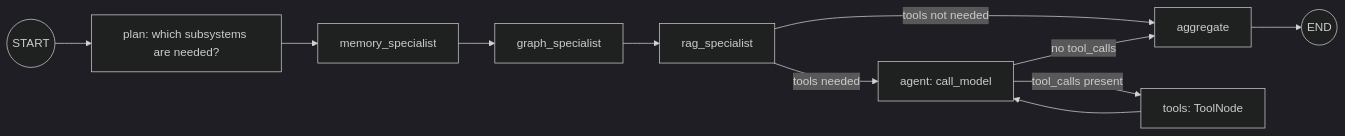
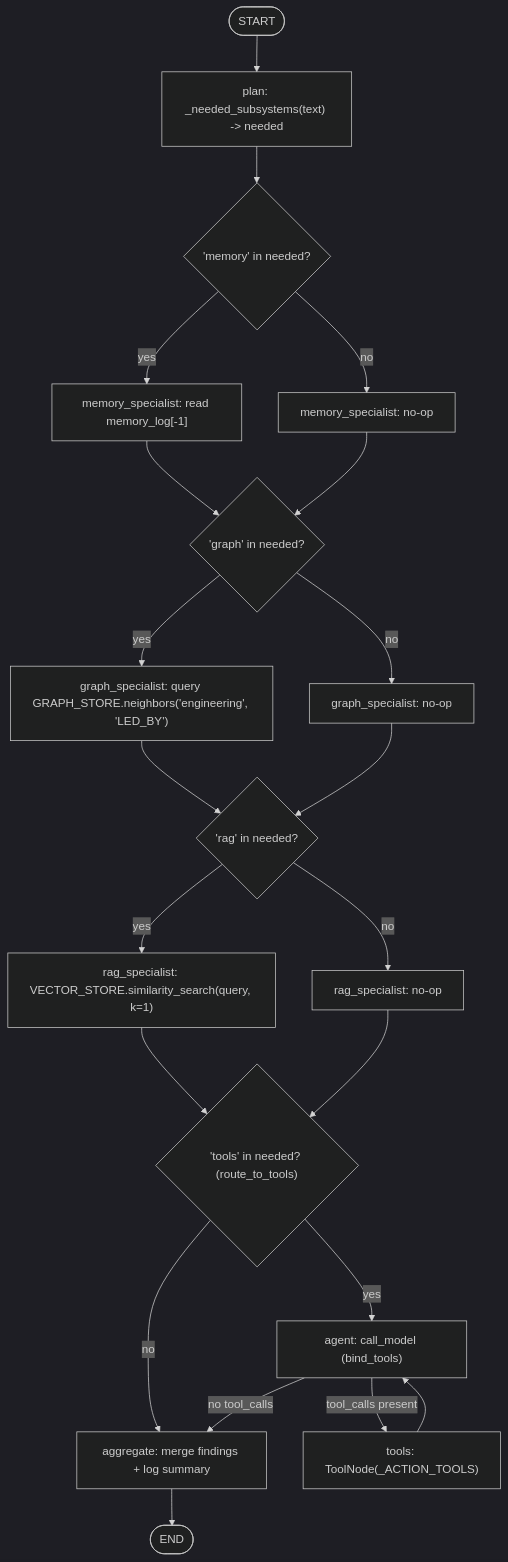
One commit to xergioalex/agent-lab changed the first of 2 diagrams in src/64_mini_dailybot_brain/README.md. Above: the diagram before and after it, drawn with Mermaid (dark theme). The commit also changed other lines of this file and 64 other files, not shown here.

First line of the commit message:
docs(docs): premium Mermaid diagram pass on all 64 module READMEs

````diff
--- a/src/64_mini_dailybot_brain/README.md
+++ b/src/64_mini_dailybot_brain/README.md
@@ -58,13 +58,27 @@
 ```mermaid
-graph LR
-    START((START)) --> plan[plan: which subsystems are needed?]
-    plan --> mem[memory_specialist]
-    mem --> graphS[graph_specialist]
-    graphS --> rag[rag_specialist]
-    rag -->|tools needed| agent[agent: call_model]
-    rag -->|tools not needed| agg[aggregate]
-    agent -->|tool_calls present| tools[tools: ToolNode]
+flowchart TD
+    START(["START"]) --> plan["plan: _needed_subsystems(text) -> needed"]
+
+    plan --> mem{"'memory' in needed?"}
+    mem -->|"yes"| memW["memory_specialist: read memory_log[-1]"]
+    mem -->|"no"| memN["memory_specialist: no-op"]
+    memW --> graphS{"'graph' in needed?"}
+    memN --> graphS
+
+    graphS -->|"yes"| graphW["graph_specialist: query GRAPH_STORE.neighbors('engineering', 'LED_BY')"]
+    graphS -->|"no"| graphN["graph_specialist: no-op"]
+    graphW --> rag{"'rag' in needed?"}
+    graphN --> rag
+
+    rag -->|"yes"| ragW["rag_specialist: VECTOR_STORE.similarity_search(query, k=1)"]
+    rag -->|"no"| ragN["rag_specialist: no-op"]
+    ragW --> routeT{"'tools' in needed? (route_to_tools)"}
+    ragN --> routeT
+
+    routeT -->|"yes"| agent["agent: call_model (bind_tools)"]
+    routeT -->|"no"| agg["aggregate: merge findings + log summary"]
+    agent -->|"tool_calls present"| tools["tools: ToolNode(_ACTION_TOOLS)"]
     tools --> agent
-    agent -->|no tool_calls| agg
-    agg --> END((END))
+    agent -->|"no tool_calls"| agg
+    agg --> END(["END"])
 ```
````
